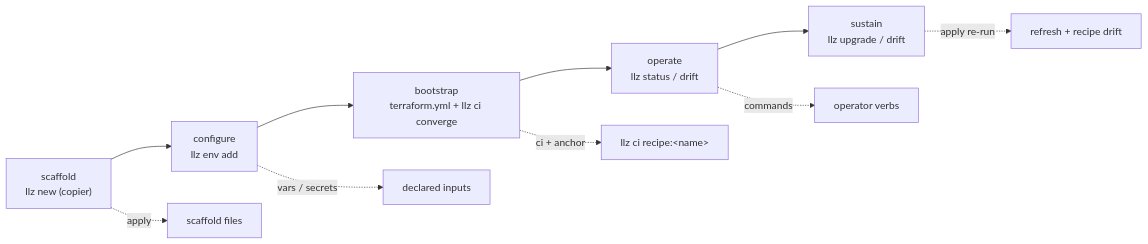
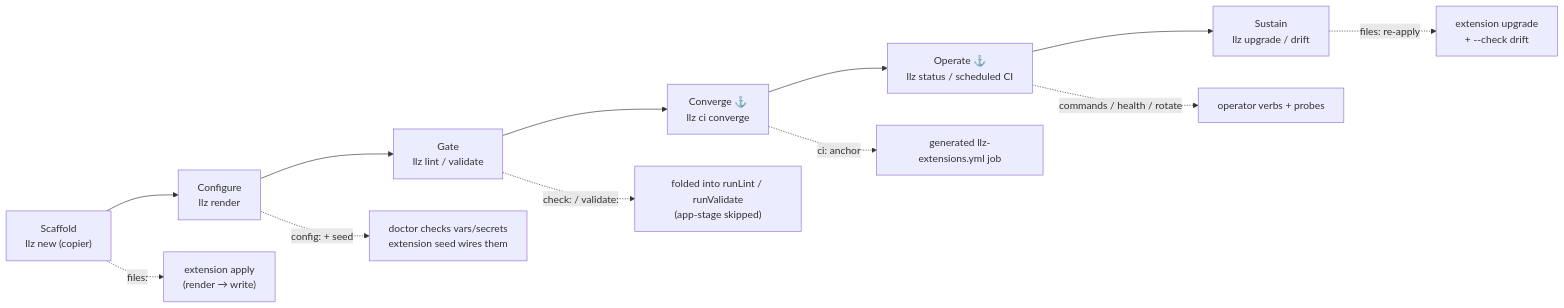
Before and after one commit to akamai-consulting/lke-landing-zone: the fifth of 14 diagrams in docs/architecture/recipes.md, drawn with Mermaid. The commit also changed other lines of this file and 21 other files, not shown here.

First line of the commit message:
feat(llz): explicit stage: universal for cross-cutting extensions (schema v3)

````diff
--- a/docs/architecture/recipes.md
+++ b/docs/architecture/recipes.md
@@ -337,15 +383,17 @@
 ```mermaid
 flowchart LR
-  scaffold["scaffold<br/>llz new (copier)"]
-  configure["configure<br/>llz env add"]
-  bootstrap["bootstrap<br/>terraform.yml + llz ci converge"]
-  operate["operate<br/>llz status / drift"]
-  sustain["sustain<br/>llz upgrade / drift"]
-  scaffold --> configure --> bootstrap --> operate --> sustain
+  scaffold["Scaffold<br/>llz new (copier)"]
+  configure["Configure<br/>llz render"]
+  gate["Gate<br/>llz lint / validate"]
+  converge["Converge ⚓<br/>llz ci converge"]
+  operate["Operate ⚓<br/>llz status / scheduled CI"]
+  sustain["Sustain<br/>llz upgrade / drift"]
+  scaffold --> configure --> gate --> converge --> operate --> sustain
 
-  scaffold -. "apply" .-> h1["scaffold files"]
-  configure -. "vars / secrets" .-> h2["declared inputs"]
-  bootstrap -. "ci + anchor" .-> h3["llz ci recipe:&lt;name&gt;"]
-  operate -. "commands" .-> h4["operator verbs"]
-  sustain -. "apply re-run" .-> h5["refresh + recipe drift"]
+  scaffold -. "files:" .-> h1["extension apply<br/>(render → write)"]
+  configure -. "config: + seed" .-> h2["doctor checks vars/secrets<br/>extension seed wires them"]
+  gate -. "check: / validate:" .-> h3["folded into runLint / runValidate<br/>(app-stage skipped)"]
+  converge -. "ci: anchor" .-> h4["generated llz-extensions.yml job"]
+  operate -. "commands / health / rotate" .-> h5["operator verbs + probes"]
+  sustain -. "files: re-apply" .-> h6["extension upgrade<br/>+ --check drift"]
 ```
````
